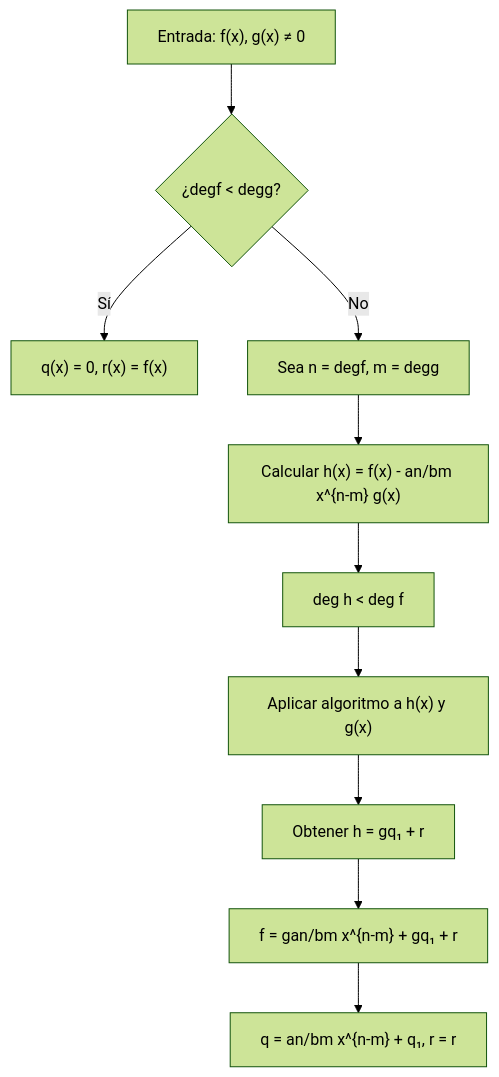
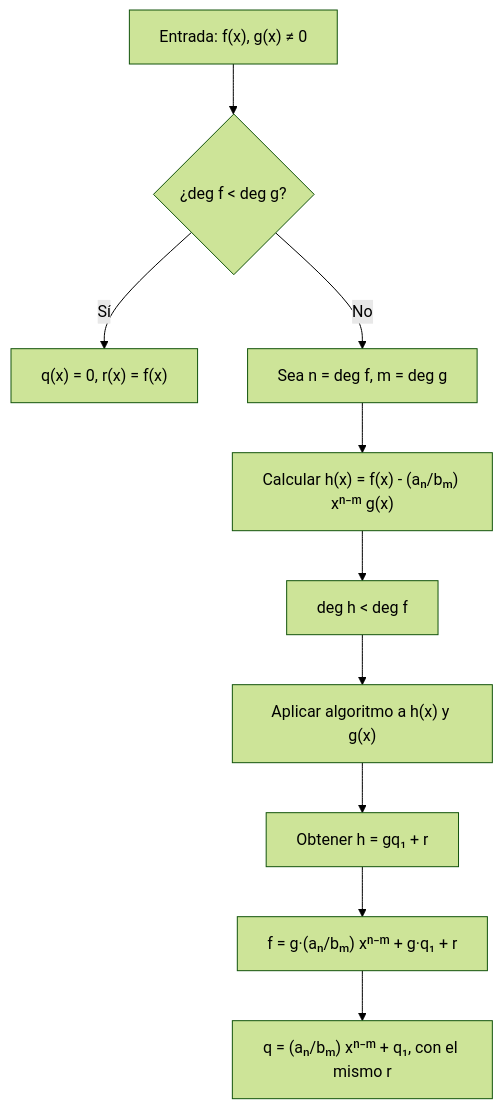
Before and after one commit to djaimej/computer-science-template: the first of 2 diagrams in public/documents/semester-2/1/2142.md, drawn with Mermaid (forest theme). The commit also changed other lines of this file and 21 other files, not shown here.

````diff
--- a/public/documents/semester-2/1/2142.md
+++ b/public/documents/semester-2/1/2142.md
@@ -166,16 +161,16 @@
 ```mermaid
 flowchart TD
-    A["Entrada: f(x), g(x) ≠ 0"] --> B{¿degf < degg?}
+    A["Entrada: f(x), g(x) ≠ 0"] --> B{"¿deg f < deg g?"}
     B -->|Sí| C["q(x) = 0, r(x) = f(x)"]
-    B -->|No| D[Sea n = degf, m = degg]
-    D --> E["Calcular h(x) = f(x) - an/bm x^{n-m} g(x)"]
+    B -->|No| D["Sea n = deg f, m = deg g"]
+    D --> E["Calcular h(x) = f(x) - (aₙ/bₘ) xⁿ⁻ᵐ g(x)"]
     E --> F[deg h < deg f]
     F --> G["Aplicar algoritmo a h(x) y g(x)"]
     G --> H[Obtener h = gq₁ + r]
-    H --> I["f = gan/bm x^{n-m} + gq₁ + r"]
-    I --> J["q = an/bm x^{n-m} + q₁, r = r"]
+    H --> I["f = g·(aₙ/bₘ) xⁿ⁻ᵐ + g·q₁ + r"]
+    I --> J["q = (aₙ/bₘ) xⁿ⁻ᵐ + q₁, con el mismo r"]
 
     A:::pink
     B:::razzmatazz
     E:::red
 ```
````
